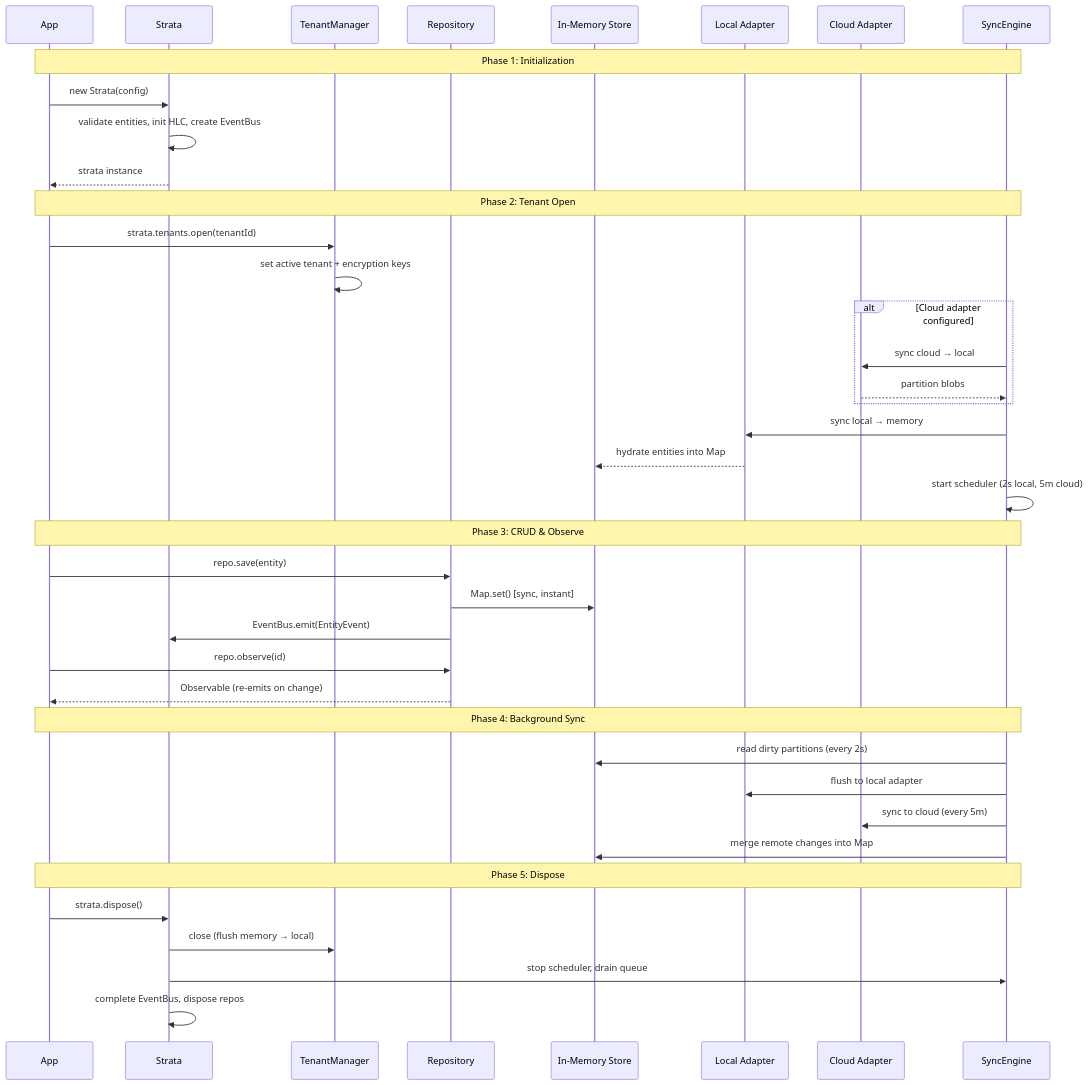
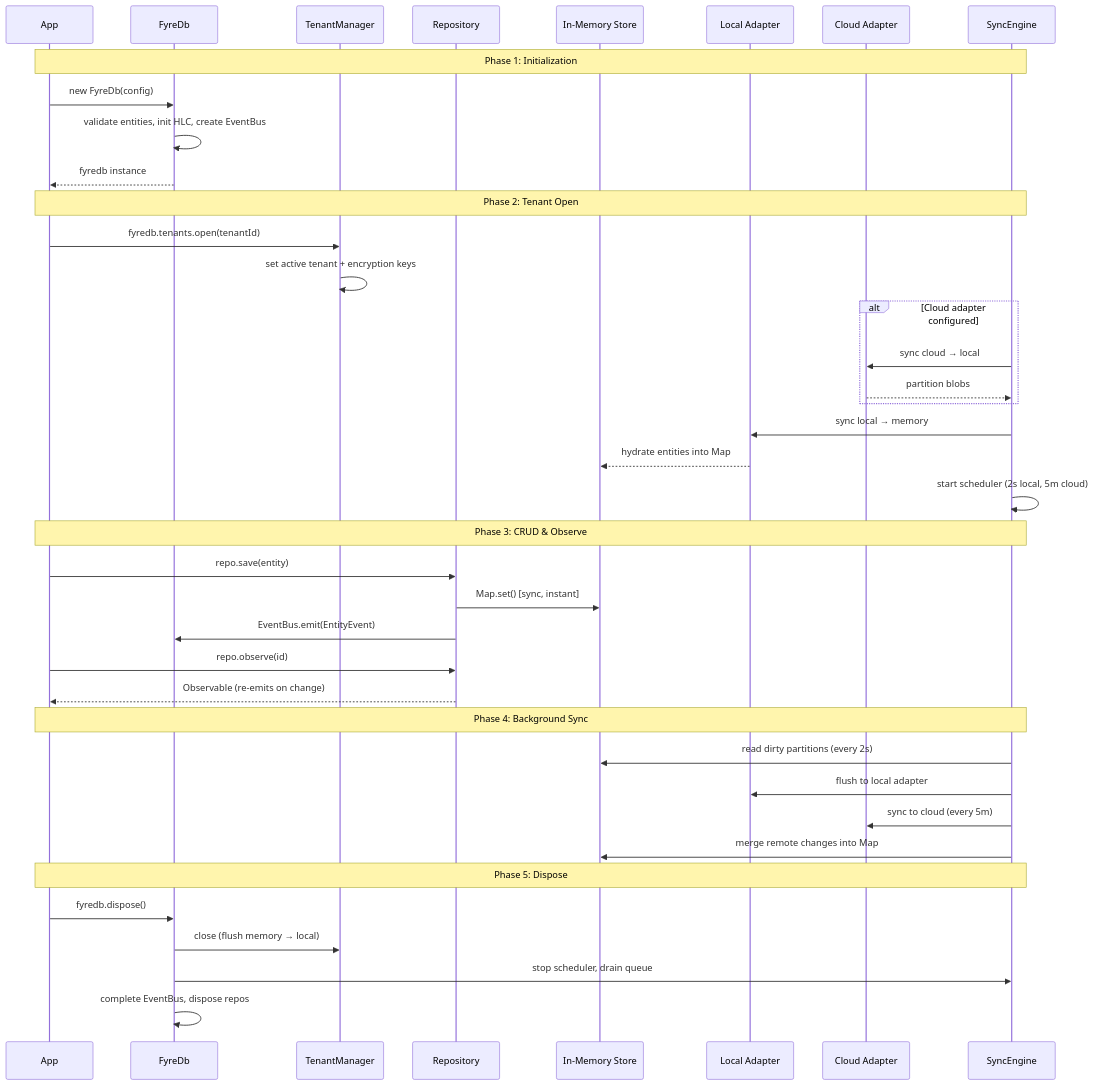
Before and after one commit to fyre-db/core: the diagram in docs/getting-started.md, drawn with Mermaid. The commit also changed other lines of this file and 71 other files, not shown here.

Commit message:
Rename Strata->FyreDb class/symbols, files, storage keys

````diff
--- a/docs/getting-started.md
+++ b/docs/getting-started.md
@@ -115,49 +115,49 @@
 ```mermaid
 sequenceDiagram
     participant App
-    participant Strata
+    participant FyreDb
     participant Tenant as TenantManager
     participant Repo as Repository
     participant Store as In-Memory Store
     participant Local as Local Adapter
     participant Cloud as Cloud Adapter
     participant Sync as SyncEngine
 
     Note over App,Sync: Phase 1: Initialization
-    App->>Strata: new Strata(config)
-    Strata->>Strata: validate entities, init HLC, create EventBus
-    Strata-->>App: strata instance
+    App->>FyreDb: new FyreDb(config)
+    FyreDb->>FyreDb: validate entities, init HLC, create EventBus
+    FyreDb-->>App: fyredb instance
 
     Note over App,Sync: Phase 2: Tenant Open
-    App->>Tenant: strata.tenants.open(tenantId)
+    App->>Tenant: fyredb.tenants.open(tenantId)
     Tenant->>Tenant: set active tenant + encryption keys
 
     alt Cloud adapter configured
         Sync->>Cloud: sync cloud → local
         Cloud-->>Sync: partition blobs
     end
 
     Sync->>Local: sync local → memory
     Local-->>Store: hydrate entities into Map
     Sync->>Sync: start scheduler (2s local, 5m cloud)
 
     Note over App,Sync: Phase 3: CRUD & Observe
     App->>Repo: repo.save(entity)
     Repo->>Store: Map.set() [sync, instant]
-    Repo->>Strata: EventBus.emit(EntityEvent)
+    Repo->>FyreDb: EventBus.emit(EntityEvent)
 
     App->>Repo: repo.observe(id)
     Repo-->>App: Observable (re-emits on change)
 
     Note over App,Sync: Phase 4: Background Sync
     Sync->>Store: read dirty partitions (every 2s)
     Sync->>Local: flush to local adapter
     Sync->>Cloud: sync to cloud (every 5m)
     Sync->>Store: merge remote changes into Map
 
     Note over App,Sync: Phase 5: Dispose
-    App->>Strata: strata.dispose()
-    Strata->>Tenant: close (flush memory → local)
-    Strata->>Sync: stop scheduler, drain queue
-    Strata->>Strata: complete EventBus, dispose repos
+    App->>FyreDb: fyredb.dispose()
+    FyreDb->>Tenant: close (flush memory → local)
+    FyreDb->>Sync: stop scheduler, drain queue
+    FyreDb->>FyreDb: complete EventBus, dispose repos
 ```
````
